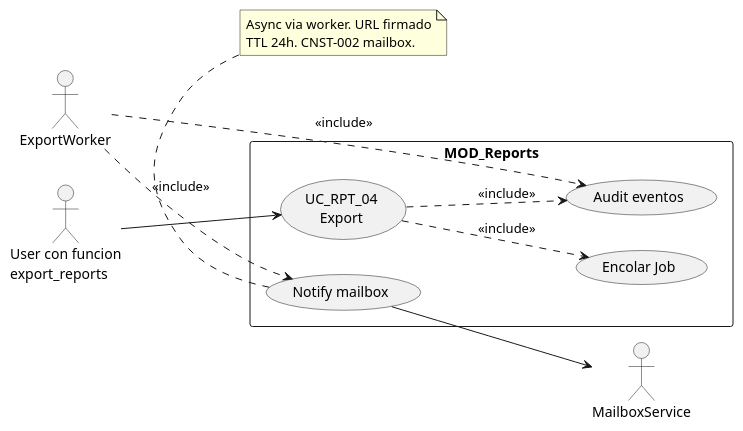
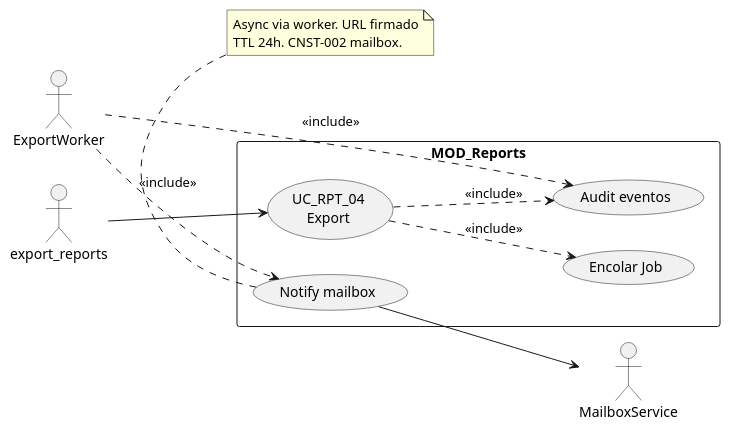
Before and after one commit to jcg-admin/IACT-docs: the first of 4 diagrams in source/requisitos/casos-uso/reports/uc-rpt-04/diagramas-uml.rst, drawn with PlantUML. The commit also changed 77 other files, not shown here.

First line of the commit message:
Enforce RBAC function names as actors in all UML diagrams

```diff
--- a/source/requisitos/casos-uso/reports/uc-rpt-04/diagramas-uml.rst
+++ b/source/requisitos/casos-uso/reports/uc-rpt-04/diagramas-uml.rst
@@ -10,29 +10,29 @@
 .. uml::
  :caption: UC_RPT_04 — export
 
  @startuml
  left to right direction
- actor "User con funcion\nexport_reports" as USR
+ actor "export_reports" as USR
  actor "ExportWorker" as W
  actor "MailboxService" as MB
 
  rectangle "MOD_Reports" {
    usecase "UC_RPT_04\nExport" as UC04
    usecase "Encolar Job" as Q
    usecase "Audit eventos" as A
    usecase "Notify mailbox" as N
  }
 
  USR --> UC04
  UC04 ..> Q : <<include>>
  UC04 ..> A : <<include>>
  W ..> A : <<include>>
  W ..> N : <<include>>
  N --> MB
 
  note bottom
    Async via worker. URL firmado
    TTL 24h. CNST-002 mailbox.
  end note
 
  @enduml
```
